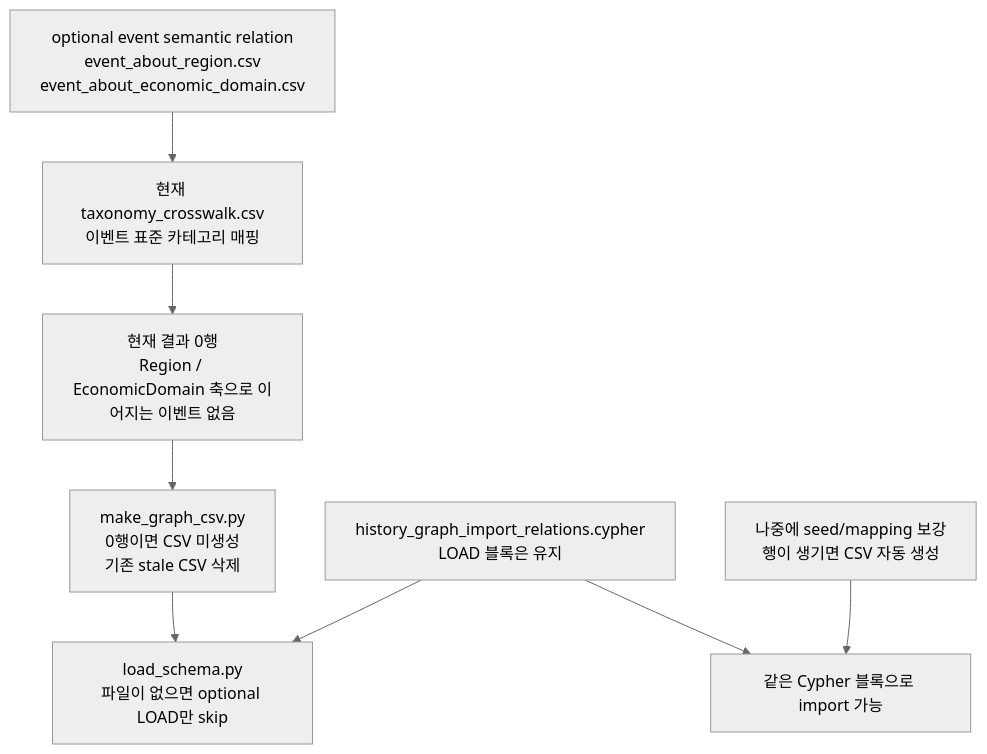
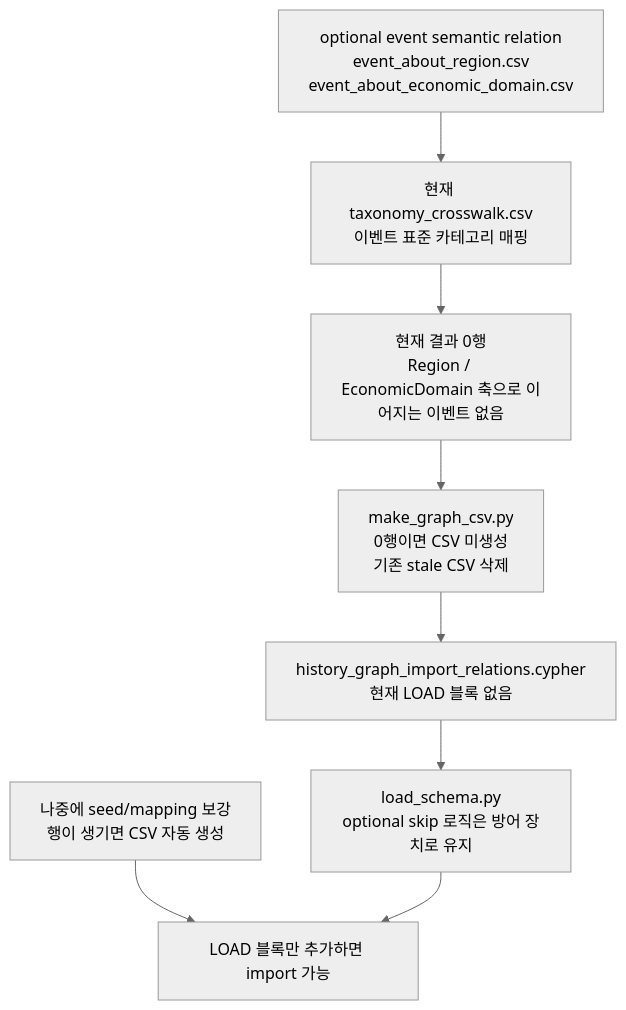
One commit to SKNETWORKS-FAMILY-AICAMP/SKN27-FINAL-2Team changed the ninth of 20 diagrams in docs/neo4j/neo4j_implementation_mermaid_flow.md. Above: the diagram before and after it, drawn with Mermaid (neutral theme). The commit also changed other lines of this file and 7 other files, not shown here.

````diff
--- a/docs/neo4j/neo4j_implementation_mermaid_flow.md
+++ b/docs/neo4j/neo4j_implementation_mermaid_flow.md
@@ -431,17 +431,17 @@
 ```mermaid
 flowchart TB
     optional_relation["optional event semantic relation<br/>event_about_region.csv<br/>event_about_economic_domain.csv"]
     current_mapping["현재 taxonomy_crosswalk.csv<br/>이벤트 표준 카테고리 매핑"]
     no_rows["현재 결과 0행<br/>Region / EconomicDomain 축으로 이어지는 이벤트 없음"]
     skip_csv["make_graph_csv.py<br/>0행이면 CSV 미생성<br/>기존 stale CSV 삭제"]
-    keep_cypher["history_graph_import_relations.cypher<br/>LOAD 블록은 유지"]
-    loader_skip["load_schema.py<br/>파일이 없으면 optional LOAD만 skip"]
+    no_cypher["history_graph_import_relations.cypher<br/>현재 LOAD 블록 없음"]
+    loader_skip["load_schema.py<br/>optional skip 로직은 방어 장치로 유지"]
     future_rows["나중에 seed/mapping 보강<br/>행이 생기면 CSV 자동 생성"]
-    future_import["같은 Cypher 블록으로 import 가능"]
+    future_import["LOAD 블록만 추가하면 import 가능"]
 
     optional_relation --> current_mapping --> no_rows --> skip_csv
-    skip_csv --> loader_skip
-    keep_cypher --> loader_skip
+    skip_csv --> no_cypher
+    no_cypher --> loader_skip
     future_rows --> future_import
-    keep_cypher --> future_import
+    loader_skip --> future_import
 ```
````
